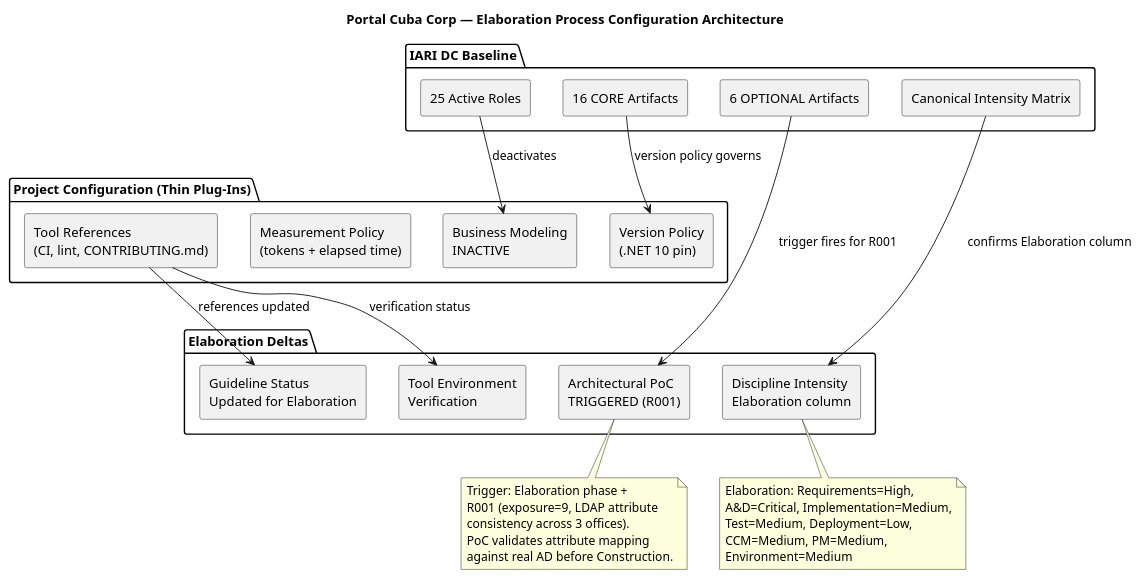
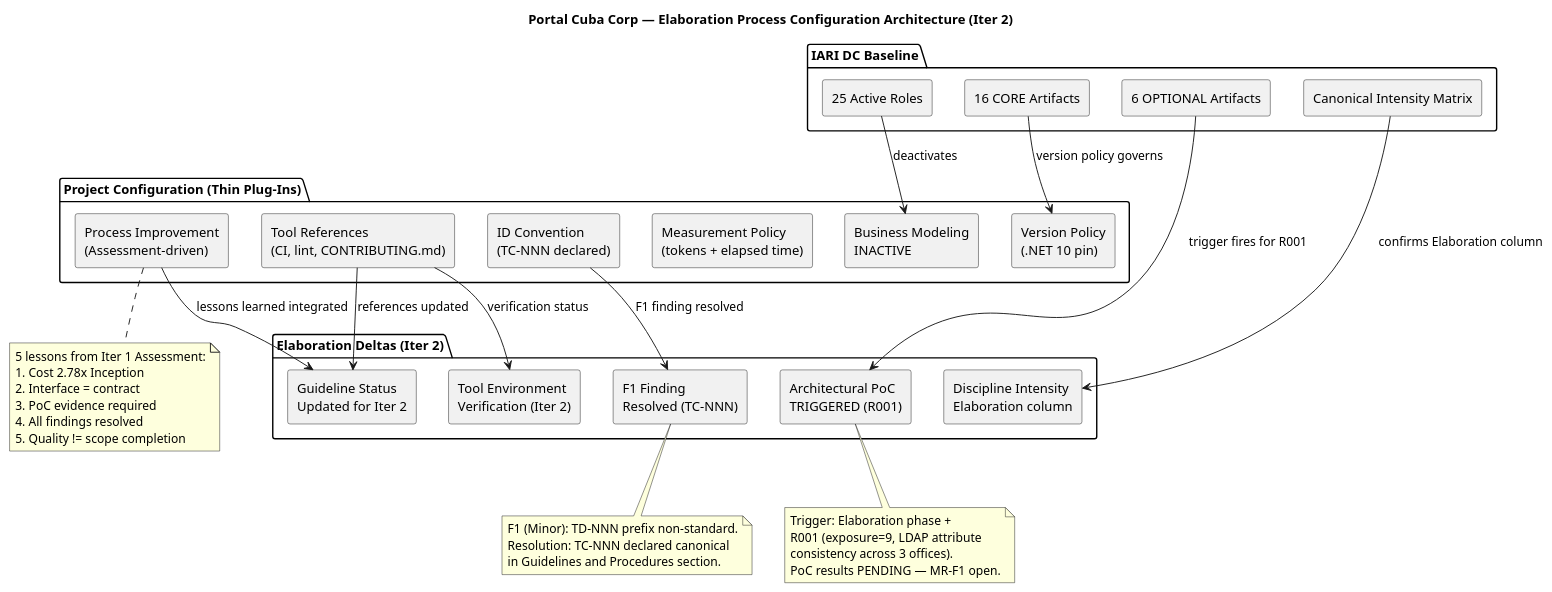
The first of 3 diagrams in docs/artifacts/environment/development-case.md (banense-test/portal-cuba-corp), drawn with PlantUML before and after one commit. The commit also changed other lines of this file, not shown here.

First line of the commit message:
Process Engineer [E2]: upsert Development Case

````diff
--- a/docs/artifacts/environment/development-case.md
+++ b/docs/artifacts/environment/development-case.md
@@ -43,52 +44,63 @@
 ```plantuml
 @startuml
-title Portal Cuba Corp — Elaboration Process Configuration Architecture
+title Portal Cuba Corp — Elaboration Process Configuration Architecture (Iter 2)
 
 skinparam componentStyle rectangle
 
 package "IARI DC Baseline" {
   component "25 Active Roles" as Roles
   component "16 CORE Artifacts" as Core
   component "6 OPTIONAL Artifacts" as Optional
   component "Canonical Intensity Matrix" as Matrix
 }
 
 package "Project Configuration (Thin Plug-Ins)" {
   component "Business Modeling\nINACTIVE" as BM
   component "Version Policy\n(.NET 10 pin)" as VP
   component "Measurement Policy\n(tokens + elapsed time)" as MP
   component "Tool References\n(CI, lint, CONTRIBUTING.md)" as Tools
+  component "ID Convention\n(TC-NNN declared)" as IDConv
+  component "Process Improvement\n(Assessment-driven)" as PI
 }
 
-package "Elaboration Deltas" {
+package "Elaboration Deltas (Iter 2)" {
   component "Architectural PoC\nTRIGGERED (R001)" as PoC
   component "Discipline Intensity\nElaboration column" as DI
-  component "Guideline Status\nUpdated for Elaboration" as GS
-  component "Tool Environment\nVerification" as TE
+  component "Guideline Status\nUpdated for Iter 2" as GS
+  component "Tool Environment\nVerification (Iter 2)" as TE
+  component "F1 Finding\nResolved (TC-NNN)" as F1Fix
 }
 
 Roles --> BM : deactivates
 Matrix --> DI : confirms Elaboration column
 Optional --> PoC : trigger fires for R001
 Core --> VP : version policy governs
 Tools --> GS : references updated
 Tools --> TE : verification status
+IDConv --> F1Fix : F1 finding resolved
+PI --> GS : lessons learned integrated
 
 note bottom of PoC
   Trigger: Elaboration phase +
   R001 (exposure=9, LDAP attribute
   consistency across 3 offices).
-  PoC validates attribute mapping
-  against real AD before Construction.
+  PoC results PENDING — MR-F1 open.
 end note
 
-note bottom of DI
-  Elaboration: Requirements=High,
-  A&D=Critical, Implementation=Medium,
-  Test=Medium, Deployment=Low,
-  CCM=Medium, PM=Medium,
-  Environment=Medium
+note bottom of F1Fix
+  F1 (Minor): TD-NNN prefix non-standard.
+  Resolution: TC-NNN declared canonical
+  in Guidelines and Procedures section.
+end note
+
+note bottom of PI
+  5 lessons from Iter 1 Assessment:
+  1. Cost 2.78x Inception
+  2. Interface = contract
+  3. PoC evidence required
+  4. All findings resolved
+  5. Quality != scope completion
 end note
 
 @enduml
 ```
````
